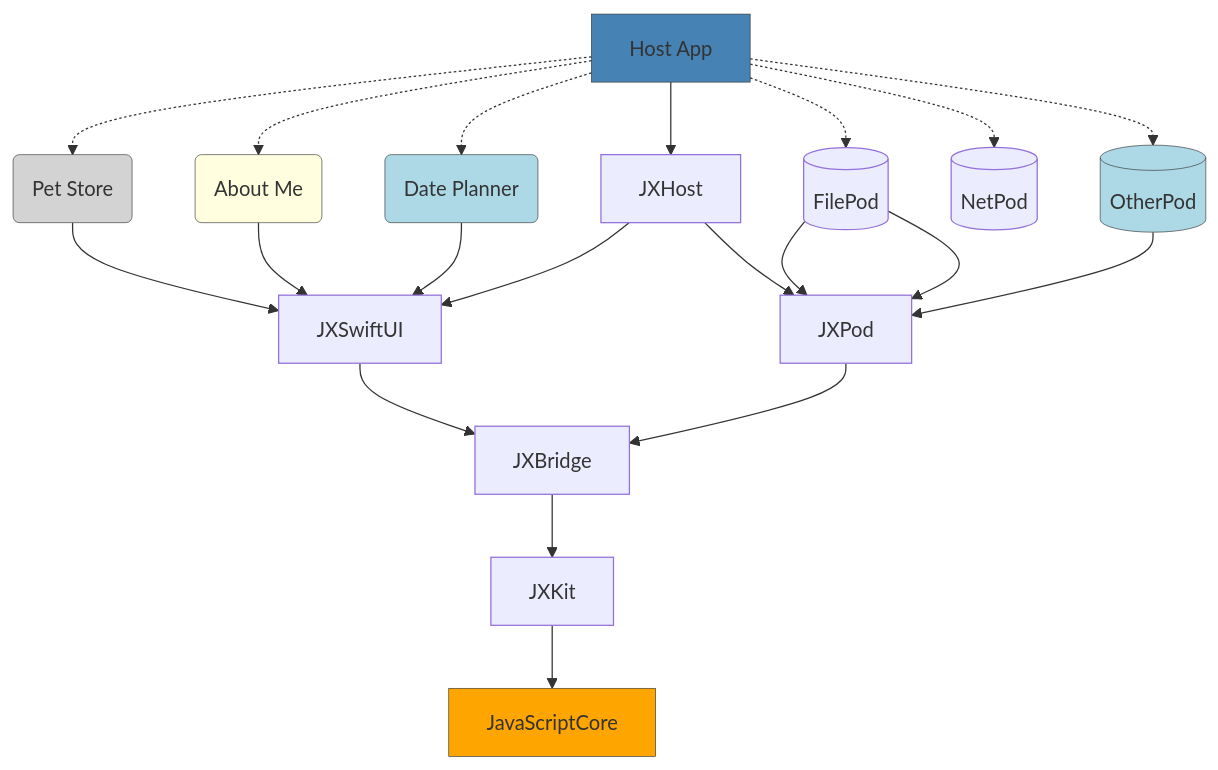
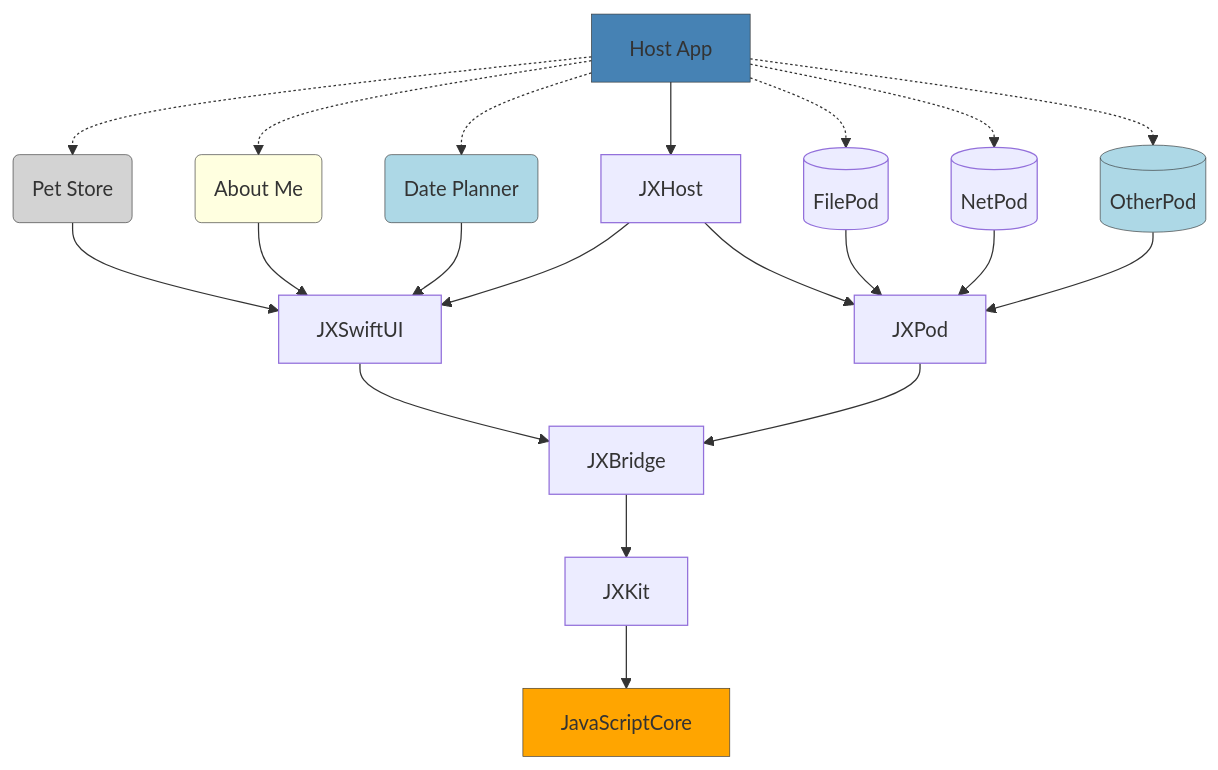
The diagram in README.md (jectivex/JXHost), drawn with Mermaid before and after one commit.

````diff
--- a/README.md
+++ b/README.md
@@ -3,42 +3,49 @@
 ```mermaid
 flowchart TB
     HostApp[Host App] -.-> PetStoreModule(Pet Store)
     HostApp -.-> AboutMeModule(About Me)
     HostApp -.-> DatePlannerModule(Date Planner)
+    
     HostApp --> JXHost
+    
     PetStoreModule --> JXSwiftUI
     AboutMeModule --> JXSwiftUI
     DatePlannerModule --> JXSwiftUI
+    
     JXHost --> JXSwiftUI
     JXHost --> JXPod
     JXPod --> JXBridge
+    
     HostApp -.-> FilePod[(FilePod)]
     HostApp -.-> NetPod[(NetPod)]
     HostApp -.-> OtherPod[(OtherPod)]
+    
     FilePod --> JXPod
+    NetPod --> JXPod
     OtherPod --> JXPod
-    FilePod --> JXPod
+    
     JXSwiftUI --> JXBridge
     JXBridge --> JXKit
+    
     JXKit --> JavaScriptCore[JavaScriptCore]
 
 classDef HostApp fill:steelblue,stroke:#333,stroke-width:0.5px
 class HostApp HostApp
 
 classDef gray fill:lightgray,stroke:#333,stroke-width:0.5px
 classDef yellow fill:lightyellow,stroke:#333,stroke-width:0.5px
 classDef blue fill:lightblue,stroke:#333,stroke-width:0.5px
 
 class PetStoreModule gray
 class AboutMeModule yellow
 class DatePlannerModule blue
 
 classDef OtherPod fill:lightblue,stroke:#333,stroke-width:0.5px
 class OtherPod OtherPod
 
 classDef JavaScriptCore fill:orange,stroke:#333,stroke-width:0.5px
 class JavaScriptCore JavaScriptCore
 
 class di orange
 
 ```
````
